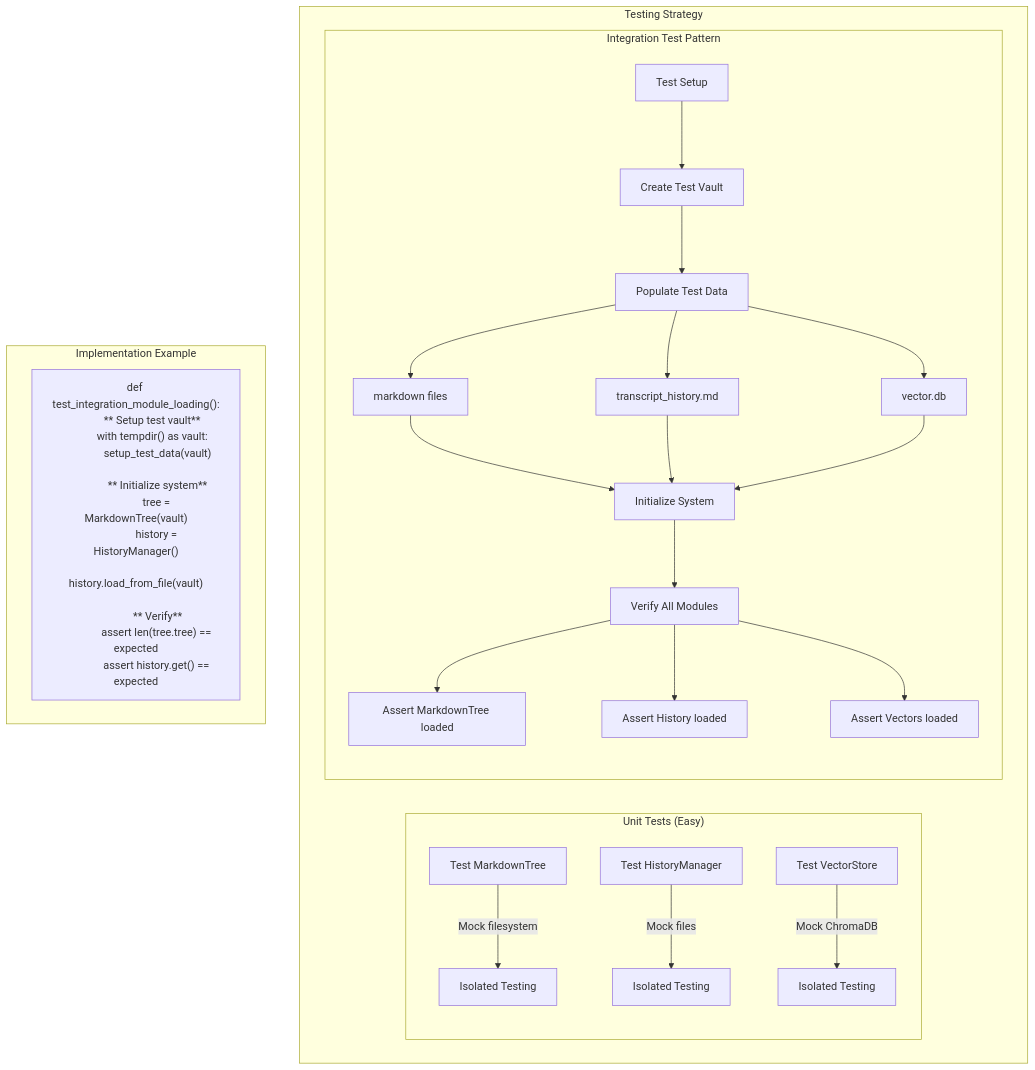
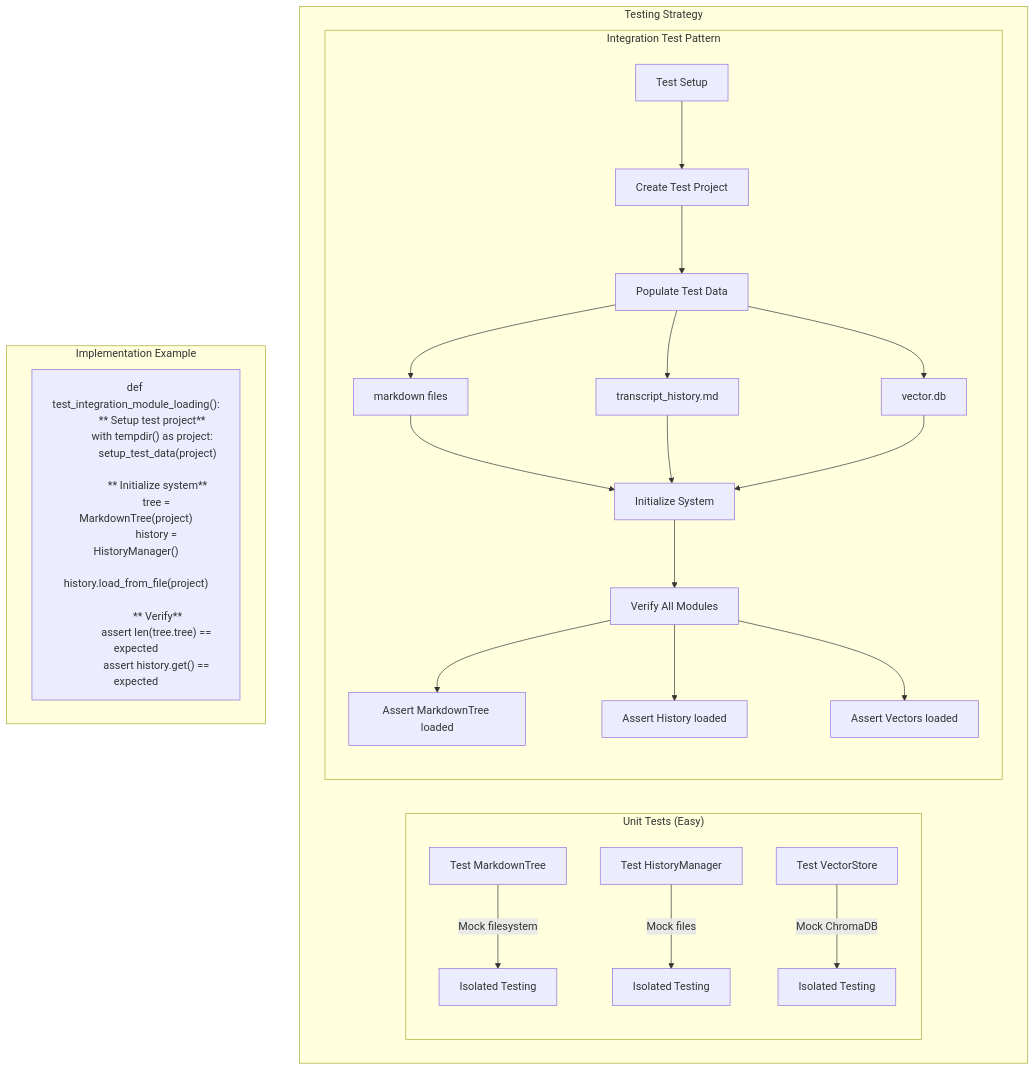
One commit to voicetreelab/voicetree changed the diagram in backend/tests/fixtures/real_example_folder/integration-testing/35_1_Bob_Testing_Strategy_for_Decentralized_Module_Loading.md. Above: the diagram before and after it, drawn with Mermaid. The commit also changed other lines of this file and 1020 other files, not shown here.

````diff
--- a/backend/tests/fixtures/real_example_folder/integration-testing/35_1_Bob_Testing_Strategy_for_Decentralized_Module_Loading.md
+++ b/backend/tests/fixtures/real_example_folder/integration-testing/35_1_Bob_Testing_Strategy_for_Decentralized_Module_Loading.md
@@ -19,51 +19,51 @@
 ```mermaid
 graph TD
     subgraph "Testing Strategy"
         subgraph "Unit Tests (Easy)"
             UT1[Test MarkdownTree]
             UT2[Test HistoryManager]
             UT3[Test VectorStore]
             
             UT1 -->|Mock filesystem| MT1[Isolated Testing]
             UT2 -->|Mock files| MT2[Isolated Testing]
             UT3 -->|Mock ChromaDB| MT3[Isolated Testing]
         end
         
         subgraph "Integration Test Pattern"
             Setup[Test Setup]
-            Setup --> CreateFixture[Create Test Vault]
+            Setup --> CreateFixture[Create Test Project]
             CreateFixture --> PopulateData[Populate Test Data]
             
             PopulateData --> MD[markdown files]
             PopulateData --> HIST[transcript_history.md]
             PopulateData --> VEC[vector.db]
             
             MD --> Init[Initialize System]
             HIST --> Init
             VEC --> Init
             
             Init --> Verify[Verify All Modules]
             Verify --> V1[Assert MarkdownTree loaded]
             Verify --> V2[Assert History loaded]
             Verify --> V3[Assert Vectors loaded]
         end
     end
     
     subgraph "Implementation Example"
         Code["
         def test_integration_module_loading():
-            ** Setup test vault**
-            with tempdir() as vault:
-                setup_test_data(vault)
+            ** Setup test project**
+            with tempdir() as project:
+                setup_test_data(project)
                 
                 ** Initialize system**
-                tree = MarkdownTree(vault)
+                tree = MarkdownTree(project)
                 history = HistoryManager()
-                history.load_from_file(vault)
+                history.load_from_file(project)
                 
                 ** Verify**
                 assert len(tree.tree) == expected
                 assert history.get() == expected
         "]
     end
 ```
````
